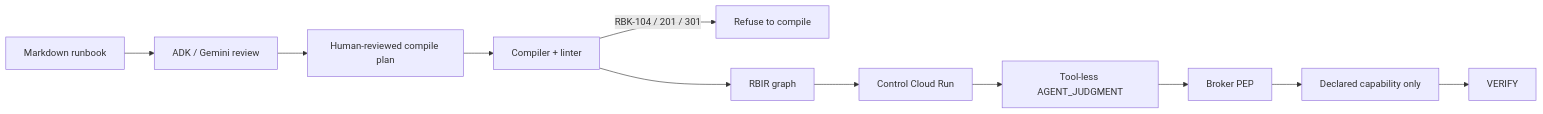
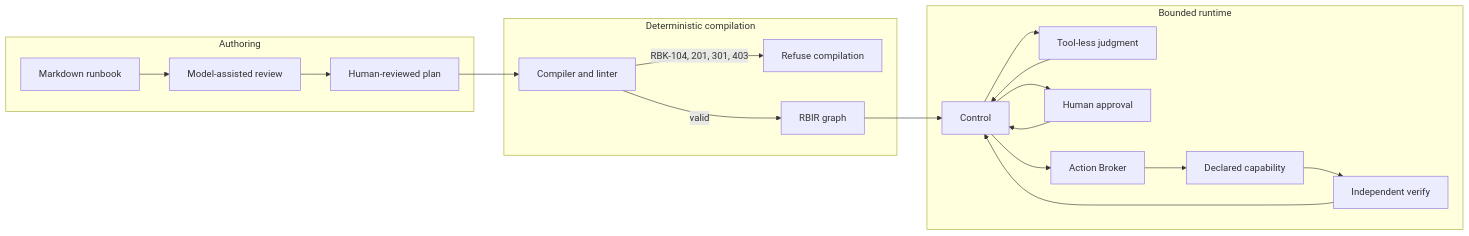
Before and after one commit to Lrd0036/google: the diagram in README.md, drawn with Mermaid. The commit also changed other lines of this file and 28 other files, not shown here.

Commit message:
docs(readme): document compiler architecture and demo workflow

````diff
--- a/README.md
+++ b/README.md
@@ -13,13 +80,33 @@
 ```mermaid
 flowchart LR
-  MD[Markdown runbook] --> Review[ADK / Gemini review]
-  Review --> Plan[Human-reviewed compile plan]
-  Plan --> Comp[Compiler + linter]
-  Comp -->|RBK-104 / 201 / 301| Stop[Refuse to compile]
-  Comp --> RBIR[RBIR graph]
-  RBIR --> Control[Control Cloud Run]
-  Control --> Judge[Tool-less AGENT_JUDGMENT]
-  Judge --> Broker[Broker PEP]
-  Broker --> Worker[Declared capability only]
-  Worker --> Verify[VERIFY]
+  subgraph Authoring[Authoring]
+    MD[Markdown runbook]
+    Review[Model-assisted review]
+    Plan[Human-reviewed plan]
+    MD --> Review --> Plan
+  end
+
+  subgraph Compilation[Deterministic compilation]
+    Compiler[Compiler and linter]
+    Reject[Refuse compilation]
+    RBIR[RBIR graph]
+    Plan --> Compiler
+    Compiler -->|RBK-104, 201, 301, 403| Reject
+    Compiler -->|valid| RBIR
+  end
+
+  subgraph Runtime[Bounded runtime]
+    Control[Control]
+    Judgment[Tool-less judgment]
+    Approval[Human approval]
+    Broker[Action Broker]
+    Worker[Declared capability]
+    Verify[Independent verify]
+    RBIR --> Control
+    Control --> Judgment
+    Control --> Approval
+    Judgment --> Control
+    Approval --> Control
+    Control --> Broker --> Worker --> Verify --> Control
+  end
 ```
````
